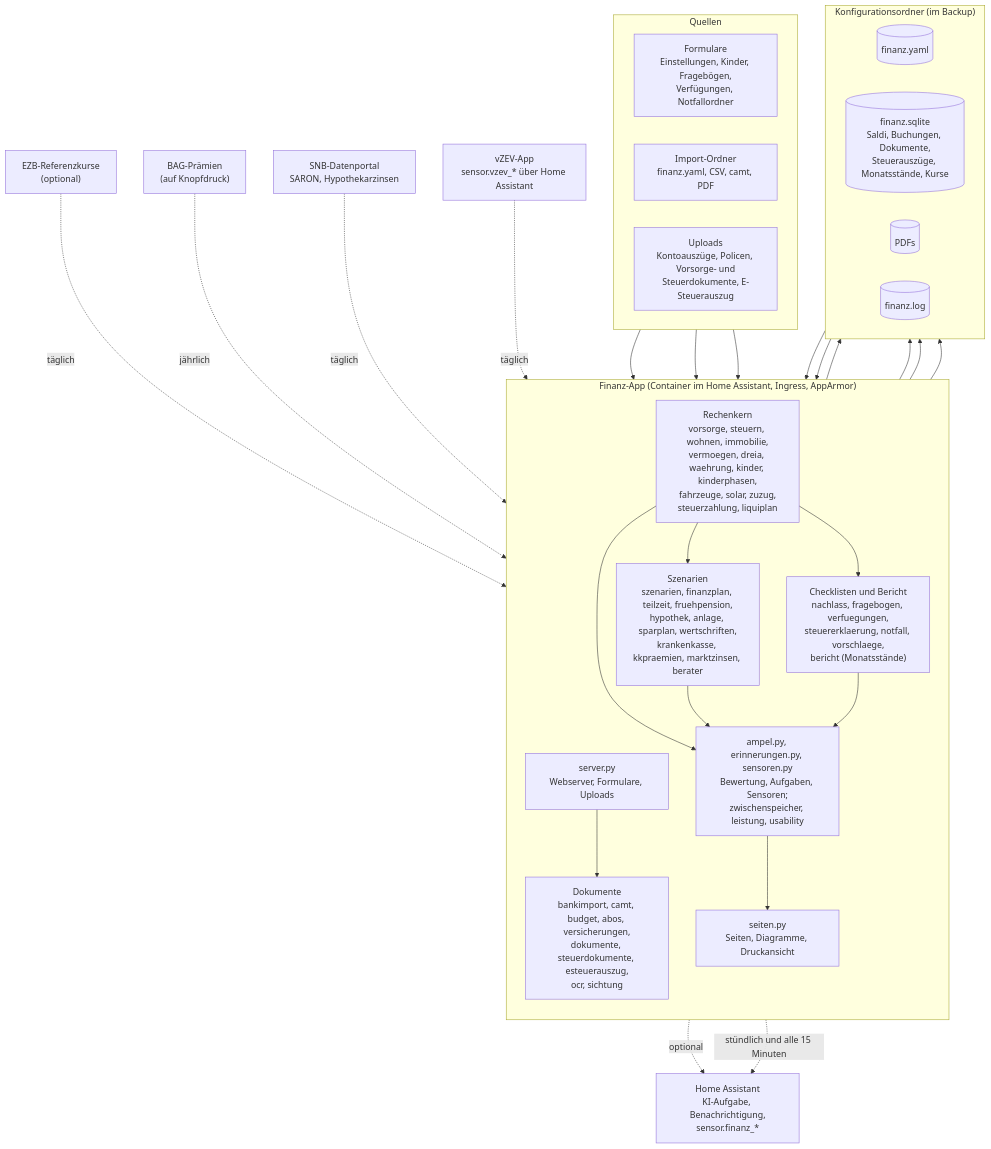
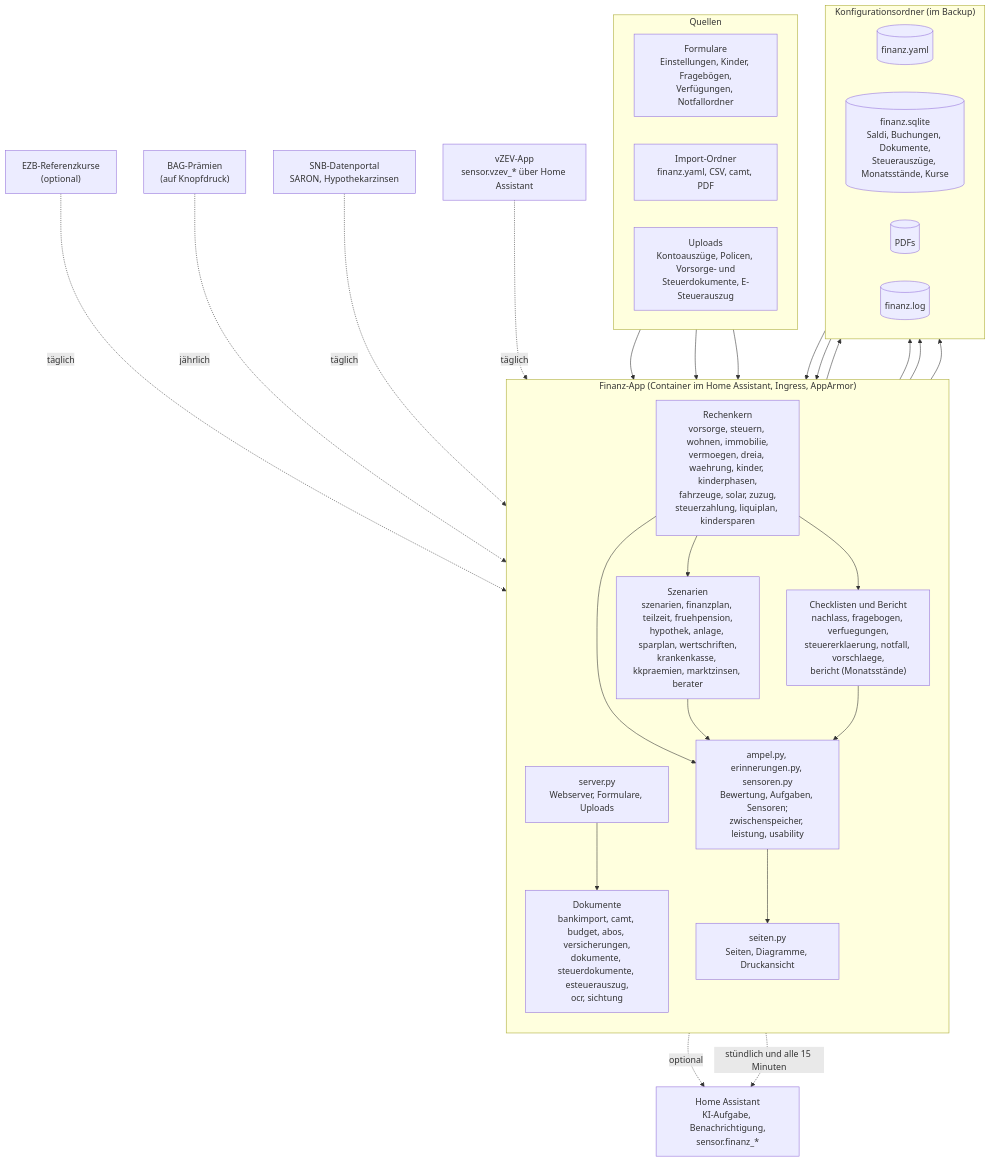
The first of 7 diagrams in README.md (khu1985/finanz-ha), drawn with Mermaid before and after one commit. The commit also changed other lines of this file and 15 other files, not shown here.

````diff
--- a/README.md
+++ b/README.md
@@ -67,40 +67,40 @@
 ```mermaid
 flowchart TB
     subgraph Quellen
         direction LR
         F["Formulare<br/>Einstellungen, Kinder, Fragebögen,<br/>Verfügungen, Notfallordner"]
         I["Import-Ordner<br/>finanz.yaml, CSV, camt, PDF"]
         U["Uploads<br/>Kontoauszüge, Policen, Vorsorge- und<br/>Steuerdokumente, E-Steuerauszug"]
     end
     subgraph App["Finanz-App (Container im Home Assistant, Ingress, AppArmor)"]
         direction TB
         S["server.py<br/>Webserver, Formulare, Uploads"]
         D["Dokumente<br/>bankimport, camt, budget, abos, versicherungen,<br/>dokumente, steuerdokumente, esteuerauszug,<br/>ocr, sichtung"]
-        K["Rechenkern<br/>vorsorge, steuern, wohnen, immobilie,<br/>vermoegen, dreia, waehrung, kinder, kinderphasen,<br/>fahrzeuge, solar, zuzug,<br/>steuerzahlung, liquiplan"]
+        K["Rechenkern<br/>vorsorge, steuern, wohnen, immobilie,<br/>vermoegen, dreia, waehrung, kinder, kinderphasen,<br/>fahrzeuge, solar, zuzug,<br/>steuerzahlung, liquiplan, kindersparen"]
         Z["Szenarien<br/>szenarien, finanzplan, teilzeit, fruehpension,<br/>hypothek, anlage, sparplan, wertschriften,<br/>krankenkasse, kkpraemien, marktzinsen, berater"]
         C["Checklisten und Bericht<br/>nachlass, fragebogen, verfuegungen,<br/>steuererklaerung, notfall, vorschlaege,<br/>bericht (Monatsstände)"]
         A["ampel.py, erinnerungen.py, sensoren.py<br/>Bewertung, Aufgaben, Sensoren;<br/>zwischenspeicher, leistung, usability"]
         SE["seiten.py<br/>Seiten, Diagramme, Druckansicht"]
     end
     subgraph Daten["Konfigurationsordner (im Backup)"]
         direction LR
         Y[("finanz.yaml")]
         DB[("finanz.sqlite<br/>Saldi, Buchungen, Dokumente,<br/>Steuerauszüge, Monatsstände, Kurse")]
         P[("PDFs")]
         L[("finanz.log")]
     end
     HA["Home Assistant<br/>KI-Aufgabe, Benachrichtigung,<br/>sensor.finanz_*"]
     F & I & U --> S
     S --> D --> DB & P
     S --> Y
     Y & DB --> K --> Z
     K --> C
     K & Z & C --> A --> SE
     Z -. optional .-> HA
     EZB["EZB-Referenzkurse<br/>(optional)"] -. täglich .-> K
     BAG["BAG-Prämien<br/>(auf Knopfdruck)"] -. jährlich .-> Z
     SNB["SNB-Datenportal<br/>SARON, Hypothekarzinsen"] -. täglich .-> Z
     A -. stündlich und alle 15 Minuten .-> HA
     VZ["vZEV-App<br/>sensor.vzev_* über Home Assistant"] -. täglich .-> K
     S --> L
 ```
````
